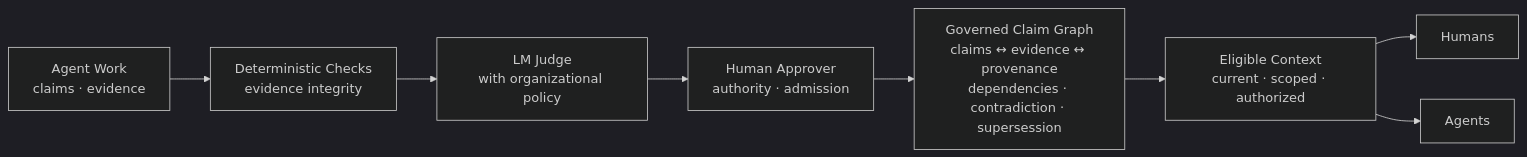
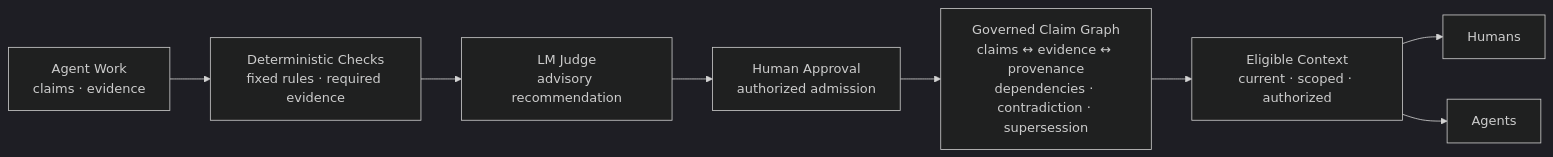
The first of 2 diagrams in README.md (chenmingtang830/proofpress), drawn with Mermaid (dark theme) before and after one commit. The commit also changed other lines of this file and 1 other file, not shown here.

````diff
--- a/README.md
+++ b/README.md
@@ -123,10 +124,10 @@
 ```mermaid
 flowchart LR
-  W["Agent Work<br/>claims · evidence"] --> D["Deterministic Checks<br/>evidence integrity"]
-  D --> J["LM Judge<br/>with organizational policy"]
-  J --> R["Human Approver<br/>authority · admission"]
+  W["Agent Work<br/>claims · evidence"] --> D["Deterministic Checks<br/>fixed rules · required evidence"]
+  D --> J["LM Judge<br/>advisory recommendation"]
+  J --> R["Human Approval<br/>authorized admission"]
   R --> C["Governed Claim Graph<br/>claims ↔ evidence ↔ provenance<br/>dependencies · contradiction · supersession"]
   C --> E["Eligible Context<br/>current · scoped · authorized"]
   E --> H["Humans"]
   E --> A["Agents"]
 ```
````
